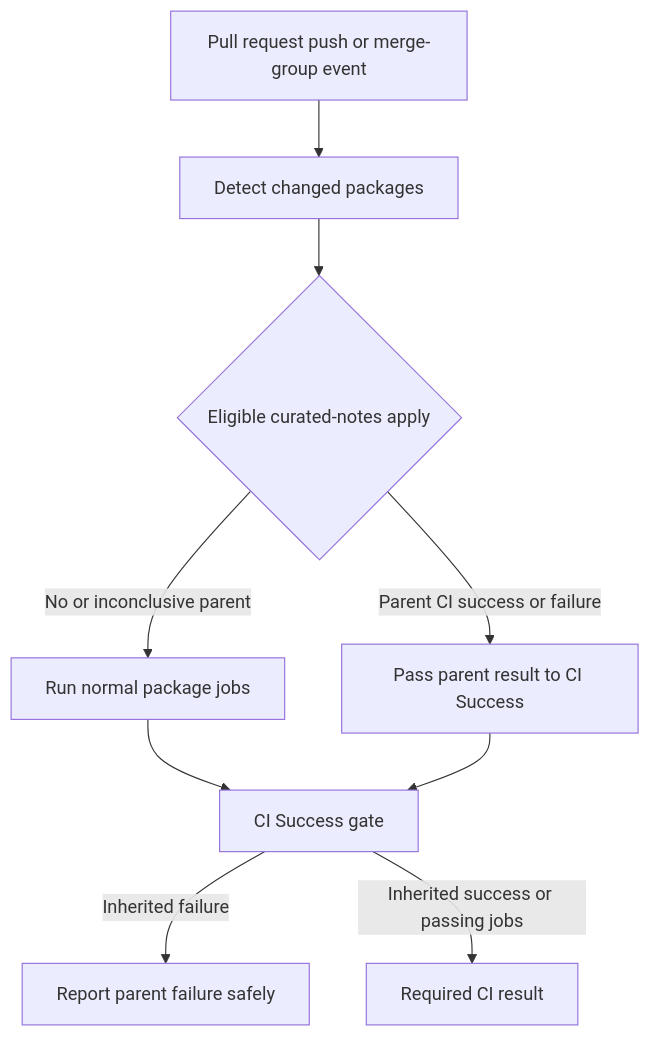
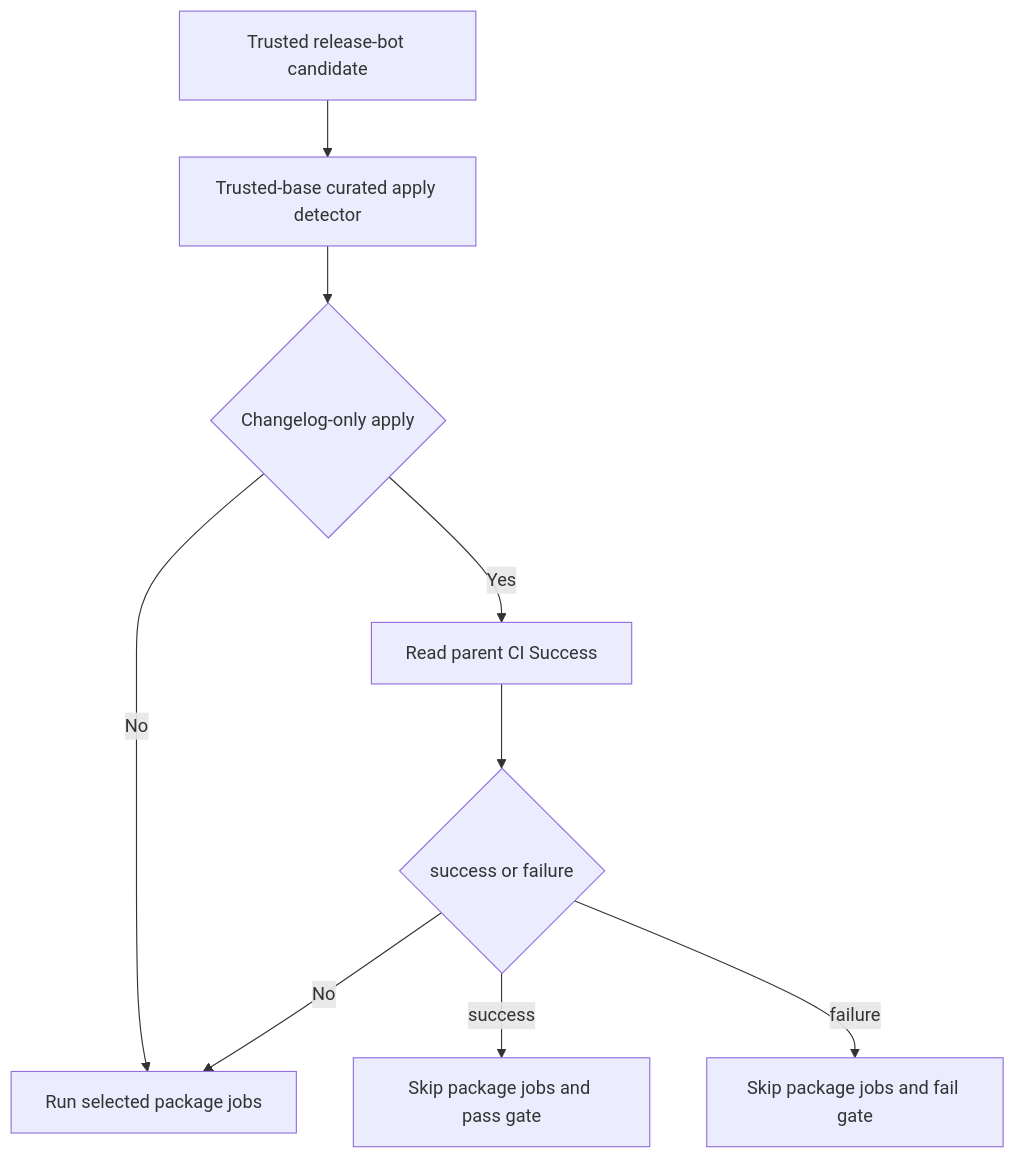
One commit to langchain-ai/deepagents changed the second of 3 diagrams in openwiki/operations/ci-labeling.md. Above: the diagram before and after it, drawn with Mermaid. The commit also changed other lines of this file and 69 other files, not shown here.

````diff
--- a/openwiki/operations/ci-labeling.md
+++ b/openwiki/operations/ci-labeling.md
@@ -51,11 +107,11 @@
 ```mermaid
 flowchart TD
-    Event["Pull request push or merge-group event"] --> Changes["Detect changed packages"]
-    Changes --> Curated{"Eligible curated-notes apply"}
-    Curated -->|"No or inconclusive parent"| Jobs["Run normal package jobs"]
-    Curated -->|"Parent CI success or failure"| Parent["Pass parent result to CI Success"]
-    Jobs --> Gate["CI Success gate"]
-    Parent --> Gate
-    Gate -->|"Inherited failure"| Diagnostic["Report parent failure safely"]
-    Gate -->|"Inherited success or passing jobs"| Success["Required CI result"]
+    Candidate["Trusted release-bot candidate"] --> Detect["Trusted-base curated apply detector"]
+    Detect --> Eligible{"Changelog-only apply"}
+    Eligible -->|"No"| Normal["Run selected package jobs"]
+    Eligible -->|"Yes"| Parent["Read parent CI Success"]
+    Parent --> Conclusive{"success or failure"}
+    Conclusive -->|"No"| Normal
+    Conclusive -->|"success"| Pass["Skip package jobs and pass gate"]
+    Conclusive -->|"failure"| Fail["Skip package jobs and fail gate"]
 ```
````
